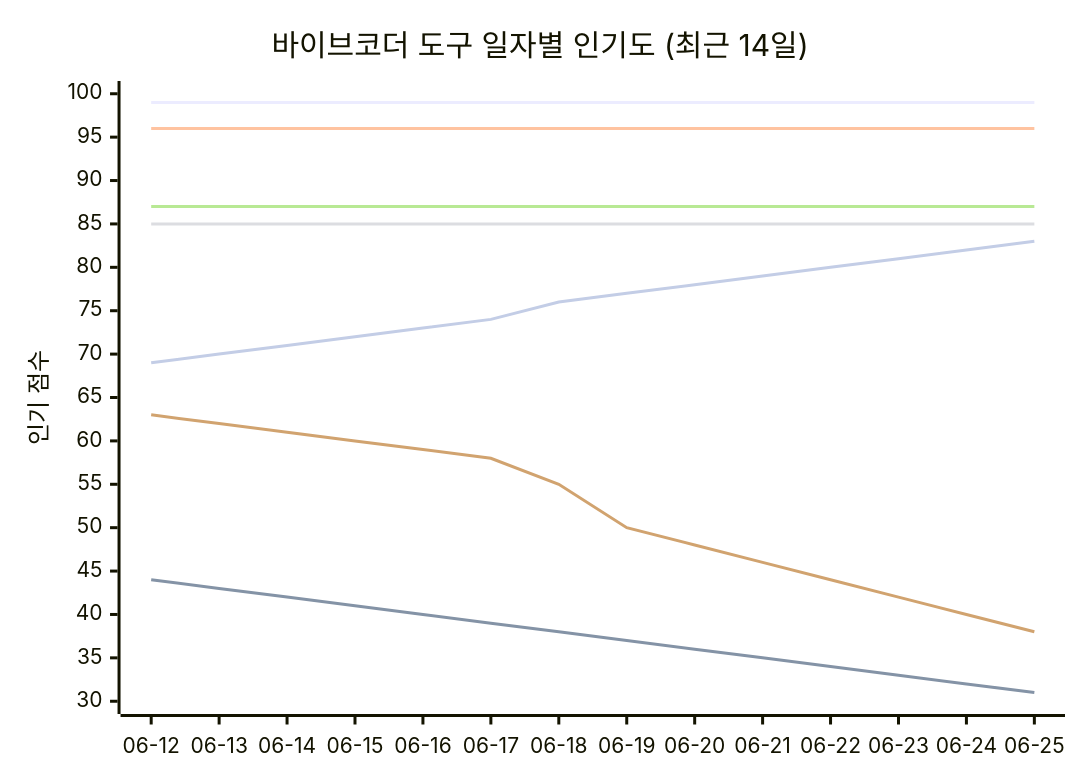
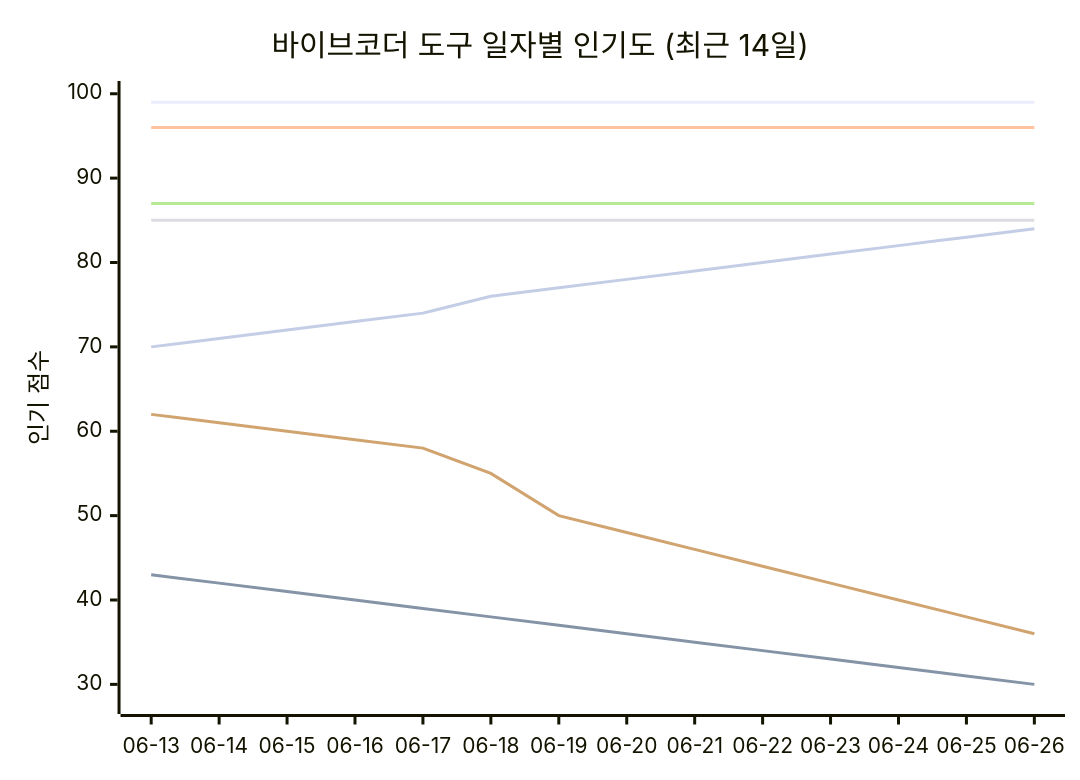
One commit to tykimos/ai-whatchelin changed the seventh of 11 diagrams in README_ko.md. Above: the diagram before and after it, drawn with Mermaid. The commit also changed other lines of this file and 4 other files, not shown here.

````diff
--- a/README_ko.md
+++ b/README_ko.md
@@ -1696,13 +1703,13 @@
 ```mermaid
 xychart-beta
     title "바이브코더 도구 일자별 인기도 (최근 14일)"
-    x-axis ["06-12", "06-13", "06-14", "06-15", "06-16", "06-17", "06-18", "06-19", "06-20", "06-21", "06-22", "06-23", "06-24", "06-25"]
-    y-axis "인기 점수" 30 --> 100
+    x-axis ["06-13", "06-14", "06-15", "06-16", "06-17", "06-18", "06-19", "06-20", "06-21", "06-22", "06-23", "06-24", "06-25", "06-26"]
+    y-axis "인기 점수" 28 --> 100
     line "Claude Code" [99, 99, 99, 99, 99, 99, 99, 99, 99, 99, 99, 99, 99, 99]
-    line "GH Copilot" [44, 43, 42, 41, 40, 39, 38, 37, 36, 35, 34, 33, 32, 31]
+    line "GH Copilot" [43, 42, 41, 40, 39, 38, 37, 36, 35, 34, 33, 32, 31, 30]
     line "Cursor" [96, 96, 96, 96, 96, 96, 96, 96, 96, 96, 96, 96, 96, 96]
     line "Windsurf" [85, 85, 85, 85, 85, 85, 85, 85, 85, 85, 85, 85, 85, 85]
     line "Codex CLI" [87, 87, 87, 87, 87, 87, 87, 87, 87, 87, 87, 87, 87, 87]
-    line "Gemini CLI" [63, 62, 61, 60, 59, 58, 55, 50, 48, 46, 44, 42, 40, 38]
-    line "Antigravity" [69, 70, 71, 72, 73, 74, 76, 77, 78, 79, 80, 81, 82, 83]
+    line "Gemini CLI" [62, 61, 60, 59, 58, 55, 50, 48, 46, 44, 42, 40, 38, 36]
+    line "Antigravity" [70, 71, 72, 73, 74, 76, 77, 78, 79, 80, 81, 82, 83, 84]
 ```
````
